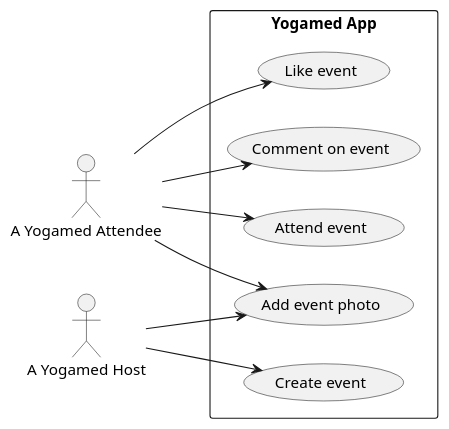
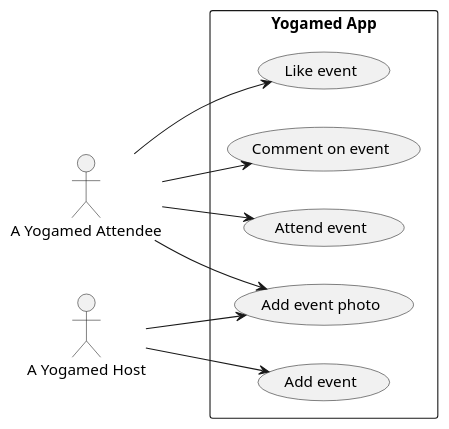
One commit to sinemyb/yogamed changed the diagram in architecture/use-case.puml. Above: the diagram before and after it, drawn with PlantUML. The commit also changed 4 other files, not shown here.

Commit message:
Add puml to architecture folder

```diff
--- a/architecture/use-case.puml
+++ b/architecture/use-case.puml
@@ -1,27 +1,27 @@
 @startuml
 
 left to right direction
 
 skinparam Shadowing false
 skinparam Monochrome true
 skinparam PackageStyle rectangle
 
 actor "A Yogamed Attendee" as attendee
 actor "A Yogamed Host" as host
 
 package "Yogamed App"{
-    usecase "Create event" as UC1 
+    usecase "Add event" as UC1 
     usecase "Attend event" as UC2
     usecase "Like event" as UC3
     usecase "Add event photo" as UC4
     usecase "Comment on event" as UC5
 }    
 
 attendee--> UC2
 attendee--> UC3
 attendee--> UC4
 attendee--> UC5
 host --> UC1
 host--> UC4
 
 @enduml
```
